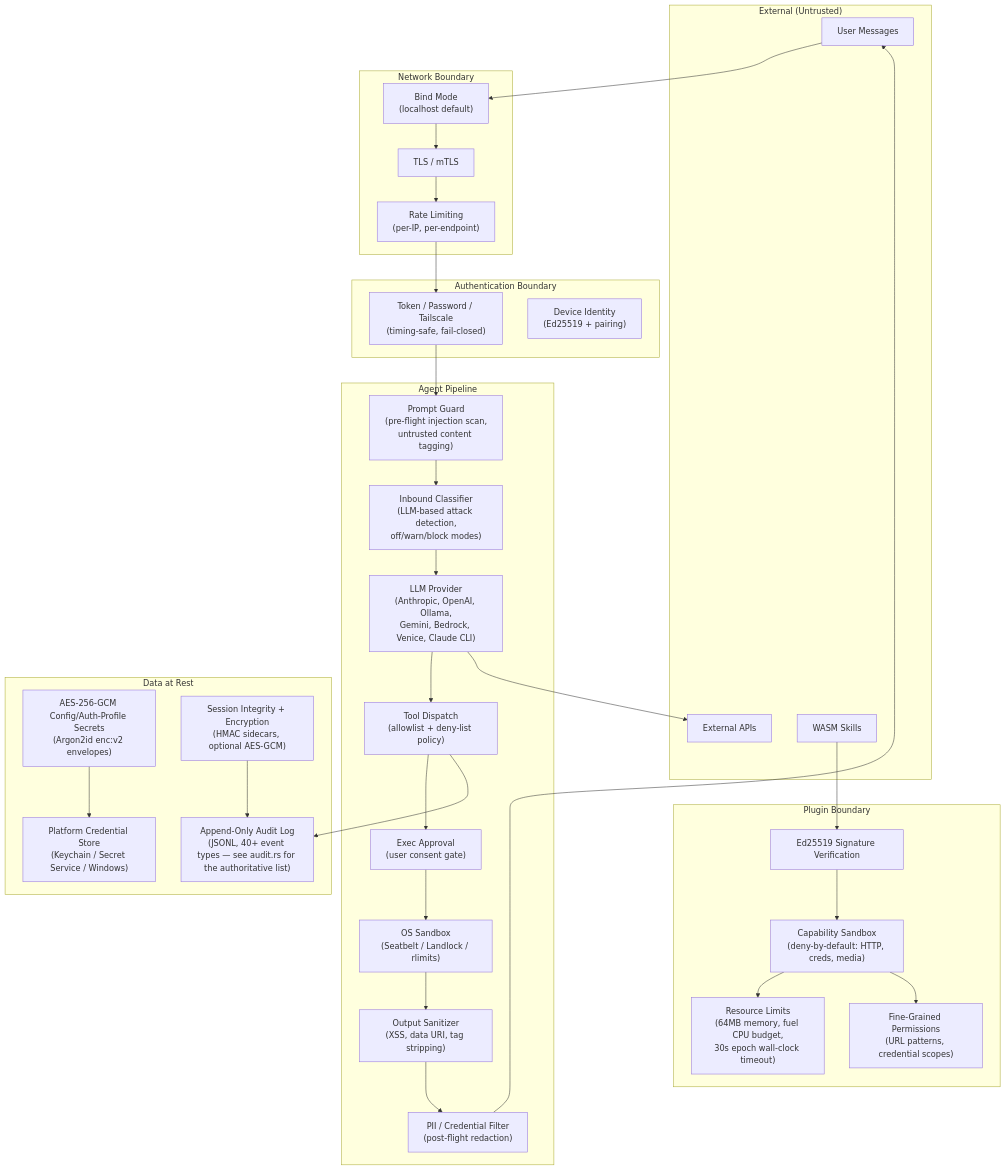
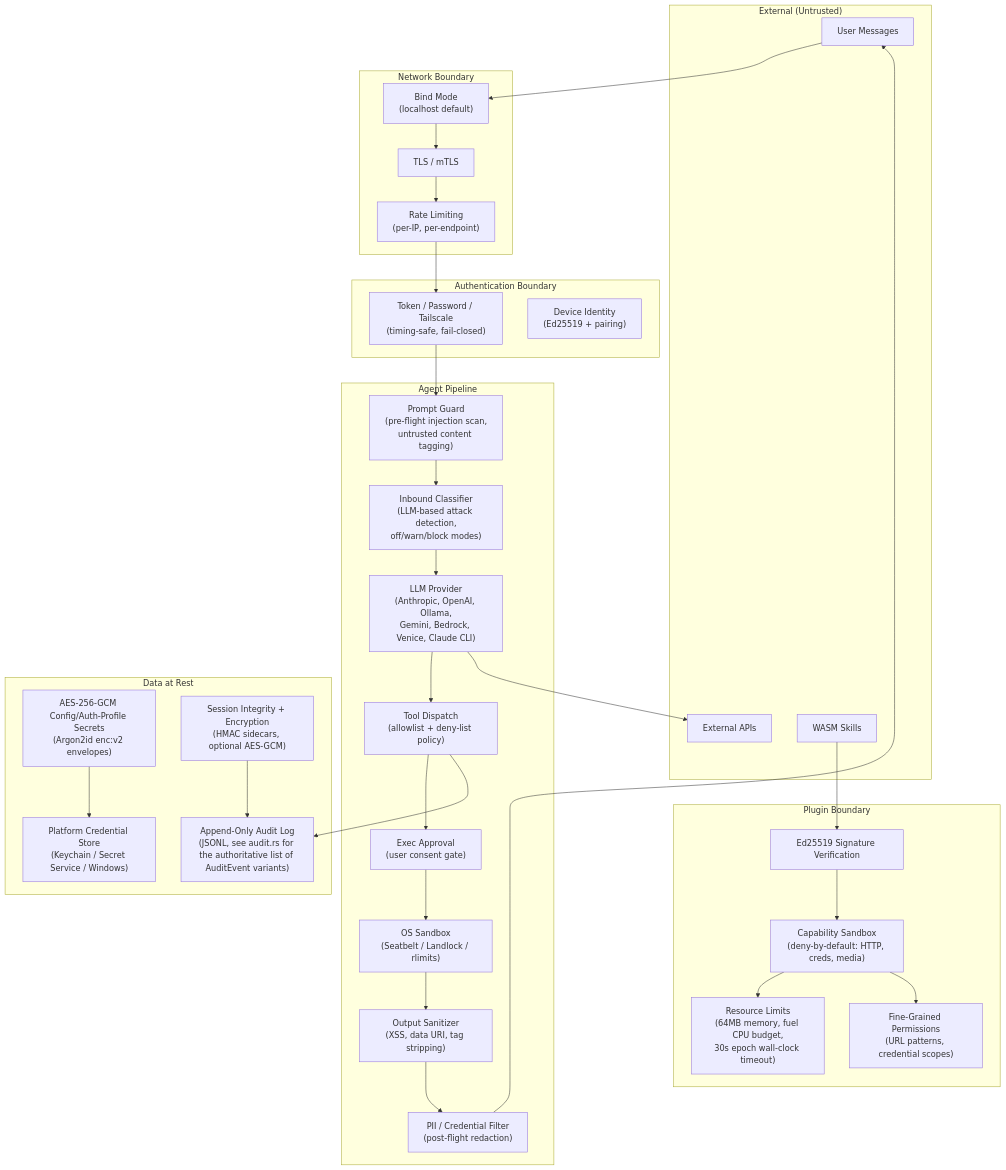
One commit to puremachinery/carapace changed the diagram in docs/security.md. Above: the diagram before and after it, drawn with Mermaid. The commit also changed other lines of this file and 1 other file, not shown here.

First line of the commit message:
Document the new per-route body caps and audit line/free-text caps

````diff
--- a/docs/security.md
+++ b/docs/security.md
@@ -40,59 +40,59 @@
 ```mermaid
 graph TB
     subgraph "External (Untrusted)"
         User[User Messages]
         ExtAPI[External APIs]
         Skills[WASM Skills]
     end
 
     subgraph "Network Boundary"
         Bind["Bind Mode<br/>(localhost default)"]
         TLS["TLS / mTLS"]
         RateLimit["Rate Limiting<br/>(per-IP, per-endpoint)"]
     end
 
     subgraph "Authentication Boundary"
         Auth["Token / Password / Tailscale<br/>(timing-safe, fail-closed)"]
         DeviceAuth["Device Identity<br/>(Ed25519 + pairing)"]
     end
 
     subgraph "Agent Pipeline"
         PromptGuard["Prompt Guard<br/>(pre-flight injection scan,<br/>untrusted content tagging)"]
         Classifier["Inbound Classifier<br/>(LLM-based attack detection,<br/>off/warn/block modes)"]
         LLM["LLM Provider<br/>(Anthropic, OpenAI, Ollama,<br/>Gemini, Bedrock, Venice, Claude CLI)"]
         ToolDispatch["Tool Dispatch<br/>(allowlist + deny-list policy)"]
         ExecApproval["Exec Approval<br/>(user consent gate)"]
         Sandbox["OS Sandbox<br/>(Seatbelt / Landlock / rlimits)"]
         OutputCSP["Output Sanitizer<br/>(XSS, data URI, tag stripping)"]
         PIIFilter["PII / Credential Filter<br/>(post-flight redaction)"]
     end
 
     subgraph "Data at Rest"
         Secrets["AES-256-GCM Config/Auth-Profile Secrets<br/>(Argon2id enc:v2 envelopes)"]
         Sessions["Session Integrity + Encryption<br/>(HMAC sidecars, optional AES-GCM)"]
-        Audit["Append-Only Audit Log<br/>(JSONL, 40+ event types — see audit.rs for the authoritative list)"]
+        Audit["Append-Only Audit Log<br/>(JSONL, see audit.rs for the authoritative list of AuditEvent variants)"]
         Keychain["Platform Credential Store<br/>(Keychain / Secret Service / Windows)"]
     end
 
     subgraph "Plugin Boundary"
         PluginSig["Ed25519 Signature Verification"]
         PluginCaps["Capability Sandbox<br/>(deny-by-default: HTTP, creds, media)"]
         PluginRes["Resource Limits<br/>(64MB memory, fuel CPU budget,<br/>30s epoch wall-clock timeout)"]
         PluginPerms["Fine-Grained Permissions<br/>(URL patterns, credential scopes)"]
     end
 
     User --> Bind --> TLS --> RateLimit --> Auth
     Auth --> PromptGuard --> Classifier --> LLM
     LLM --> ToolDispatch --> ExecApproval --> Sandbox
     Sandbox --> OutputCSP --> PIIFilter
     PIIFilter --> User
 
     LLM --> ExtAPI
     ToolDispatch --> Audit
 
     Skills --> PluginSig --> PluginCaps --> PluginRes
     PluginCaps --> PluginPerms
 
     Secrets --> Keychain
     Sessions --> Audit
 ```
````
